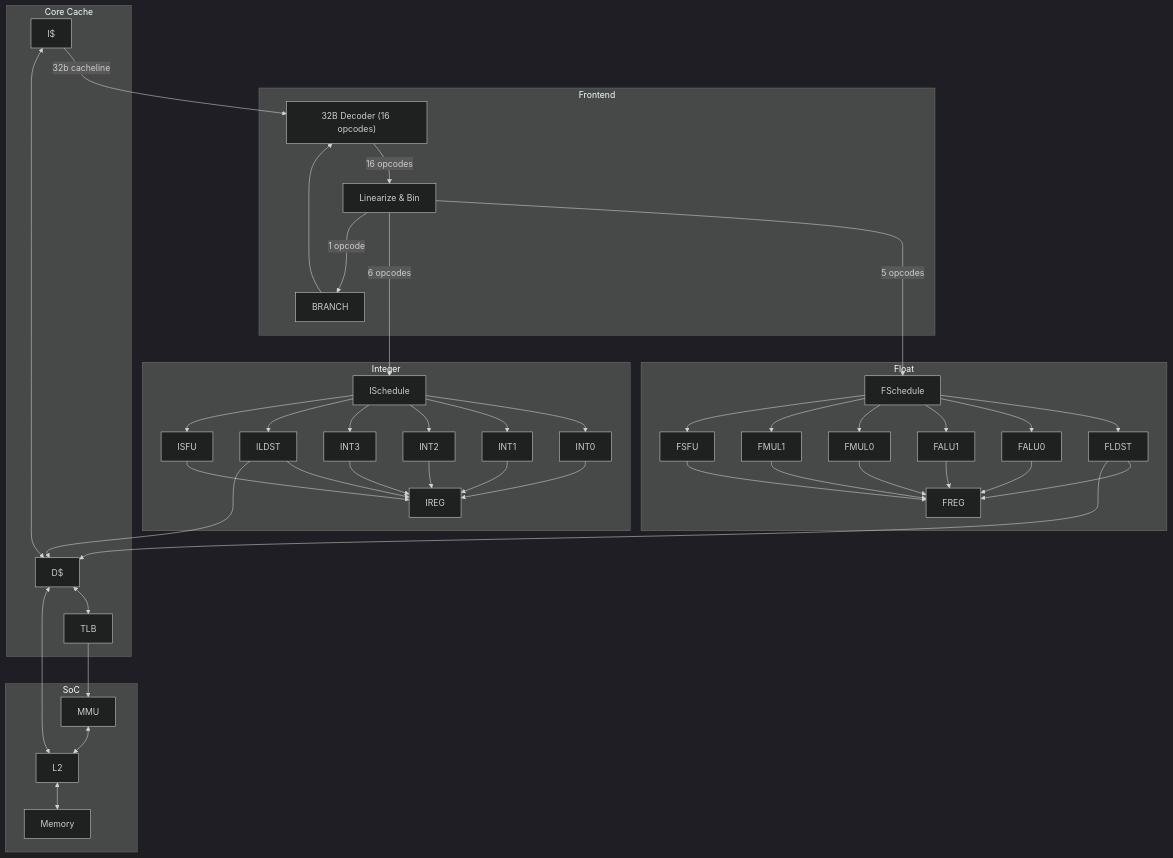
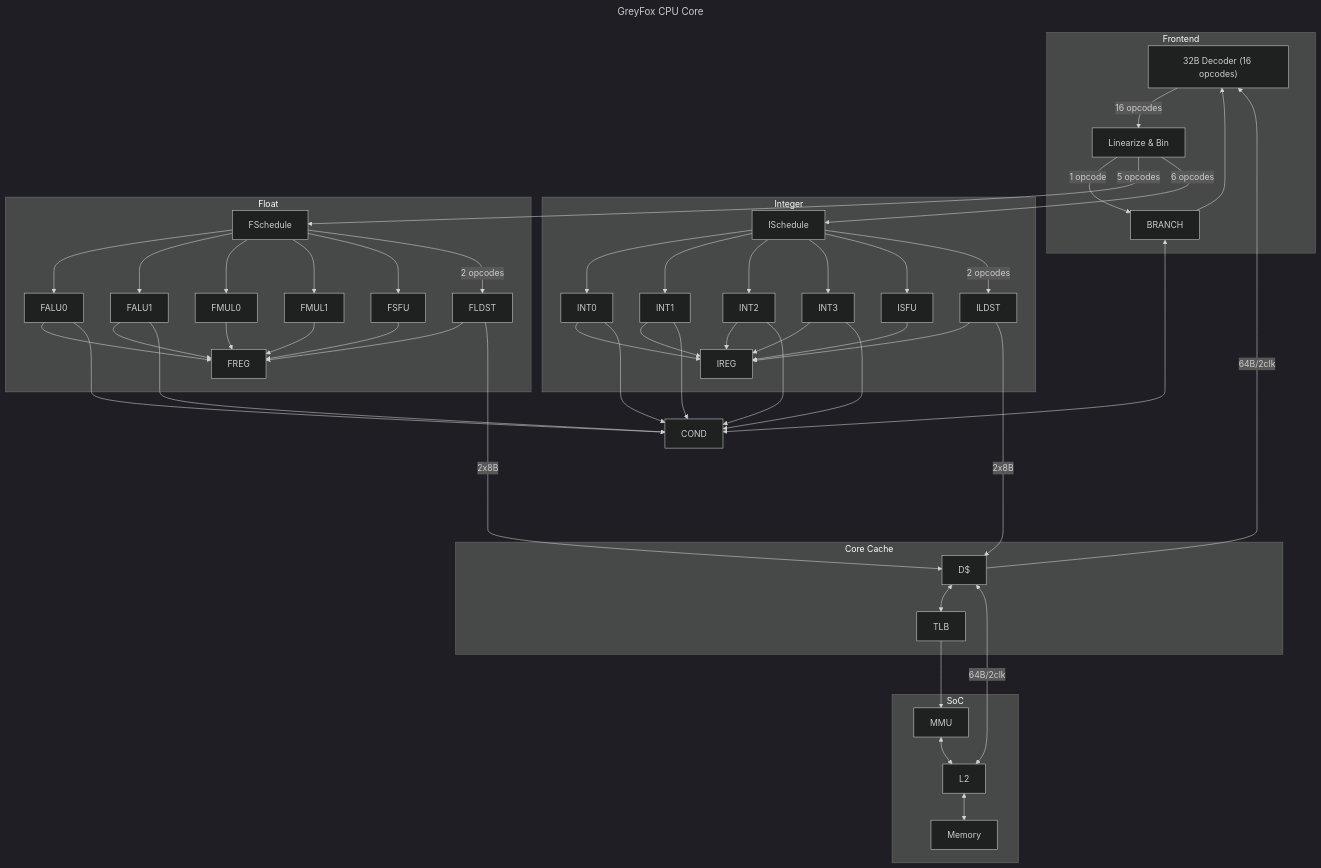
One commit to skylersaleh/GreyFox changed the diagram in docs/GREYFOX_ARCH.md. Above: the diagram before and after it, drawn with Mermaid (dark theme).

Commit message:
Added COND connections

````diff
--- a/docs/GREYFOX_ARCH.md
+++ b/docs/GREYFOX_ARCH.md
@@ -9,35 +9,36 @@
 ```mermaid
+---
+title: GreyFox CPU Core
+---
 graph TD
     subgraph Frontend
-        Decoder
-        Linearize
-        BRANCH-->Decoder
+        Decoder["32B Decoder (16 opcodes)"] -->|16 opcodes| Linearize[Linearize & Bin] -->
+        |1 opcode| BRANCH --> Decoder
     end
 
-    Decoder["32B Decoder (16 opcodes)"] -->|16 opcodes| Linearize[Linearize & Bin]
-    Linearize ----> |5 opcodes| FSchedule 
+    Linearize --> |5 opcodes| FSchedule 
     Linearize --> |6 opcodes| ISchedule
-    Linearize ---> |1 opcode| BRANCH
     subgraph Integer
-        ISchedule --> INT0 & INT1 & INT2 & INT3 & ILDST & ISFU --> IREG
+        ISchedule --> INT0 & INT1 & INT2 & INT3 & ISFU --> IREG
+        ISchedule --> |2 opcodes|ILDST -->IREG
     end
     subgraph Float
-        FSchedule --> FLDST & FALU0 & FALU1 & FMUL0 & FMUL1 & FSFU -->FREG
+        FSchedule -->  FALU0 & FALU1 & FMUL0 & FMUL1 & FSFU -->FREG
+        FSchedule -->  |2 opcodes| FLDST -->FREG
     end
     subgraph Core Cache
-        I$
-        D$
         D$<-->TLB
     end
     TLB-->MMU
 
-    
-    ILDST & FLDST ---> D$
+    INT0 & INT1 & INT2 & INT3 & FALU0 & FALU1 --->COND
+    BRANCH <--> COND
+    ILDST ------> |2x8B| D$
+    FLDST ------> |2x8B| D$
 
-    I$["I$"] --> |32b cacheline| Decoder
-    I$ <--> D$
+    D$ --> |64B/2clk| Decoder
     subgraph SoC
-        D$ <--> L2 <--> Memory
+        D$ <--> |64B/2clk|L2 <--> Memory
         MMU<-->L2
     end
 ```
````
